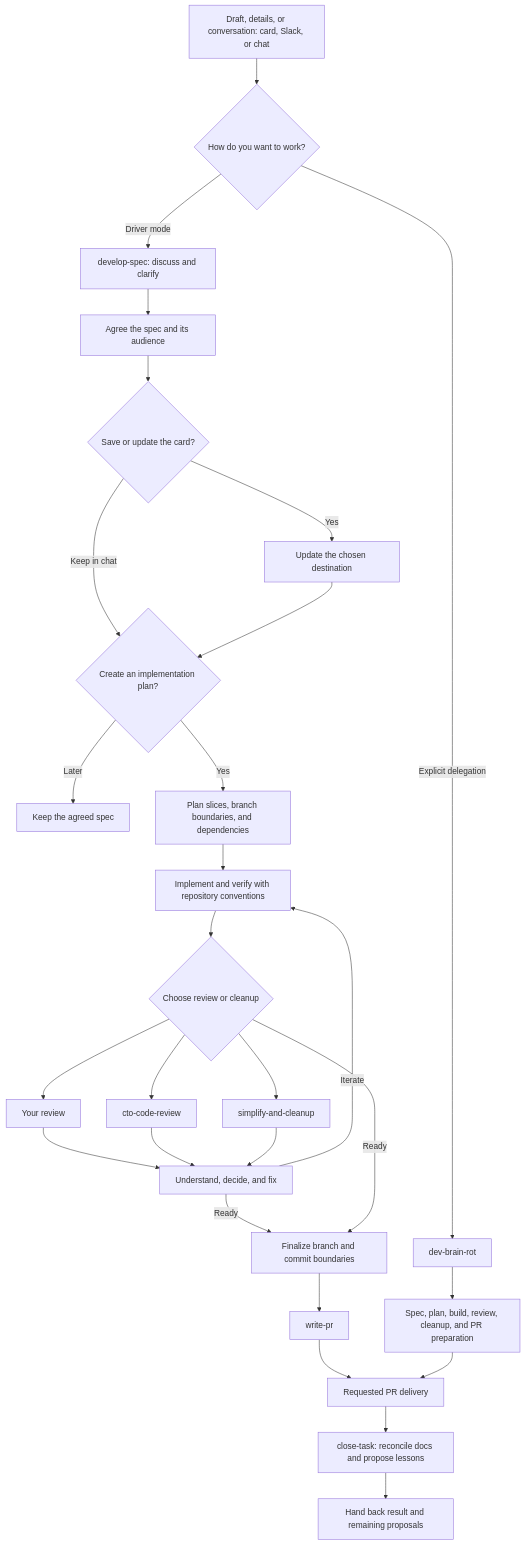
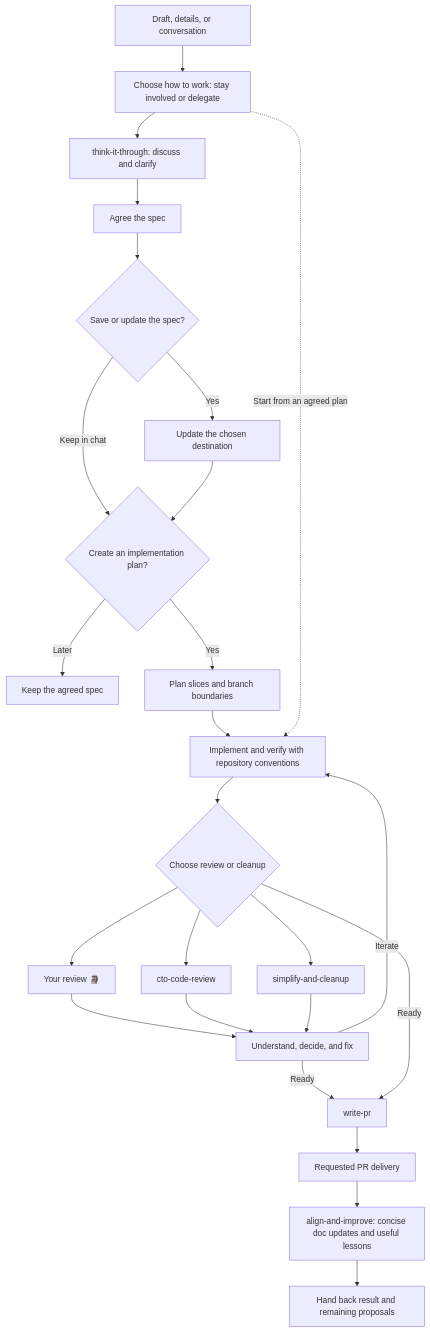
The diagram in README.md (GigiLoria5/agent-skills), drawn with Mermaid before and after one commit. The commit also changed other lines of this file and 18 other files, not shown here.

Commit message:
feat(skills): support flexible phases and concise task records

````diff
--- a/README.md
+++ b/README.md
@@ -137,30 +158,27 @@
 ```mermaid
 flowchart TD
-    A["Draft, details, or conversation: card, Slack, or chat"] --> B{"How do you want to work?"}
-    B -->|Driver mode| C["develop-spec: discuss and clarify"]
-    C --> D["Agree the spec and its audience"]
-    D --> E{"Save or update the card?"}
+    A["Draft, details, or conversation"] --> B["Choose how to work: stay involved or delegate"]
+    B --> C["think-it-through: discuss and clarify"]
+    C --> D["Agree the spec"]
+    D --> E{"Save or update the spec?"}
     E -->|Yes| F["Update the chosen destination"]
     E -->|Keep in chat| G{"Create an implementation plan?"}
     F --> G
     G -->|Later| H["Keep the agreed spec"]
-    G -->|Yes| I["Plan slices, branch boundaries, and dependencies"]
+    G -->|Yes| I["Plan slices and branch boundaries"]
     I --> J["Implement and verify with repository conventions"]
+    B -.->|Start from an agreed plan| J
     J --> K{"Choose review or cleanup"}
-    K --> L["Your review"]
+    K --> L["Your review 🗿"]
     K --> M["cto-code-review"]
     K --> N["simplify-and-cleanup"]
     L --> O["Understand, decide, and fix"]
     M --> O
     N --> O
     O -->|Iterate| J
-    O -->|Ready| P["Finalize branch and commit boundaries"]
+    O -->|Ready| P["write-pr"]
     K -->|Ready| P
-    P --> Q["write-pr"]
-    Q --> R["Requested PR delivery"]
-    B -->|Explicit delegation| S["dev-brain-rot"]
-    S --> T["Spec, plan, build, review, cleanup, and PR preparation"]
-    T --> R
-    R --> V["close-task: reconcile docs and propose lessons"]
-    V --> U["Hand back result and remaining proposals"]
+    P --> Q["Requested PR delivery"]
+    Q --> R["align-and-improve: concise doc updates and useful lessons"]
+    R --> V["Hand back result and remaining proposals"]
 ```
````
